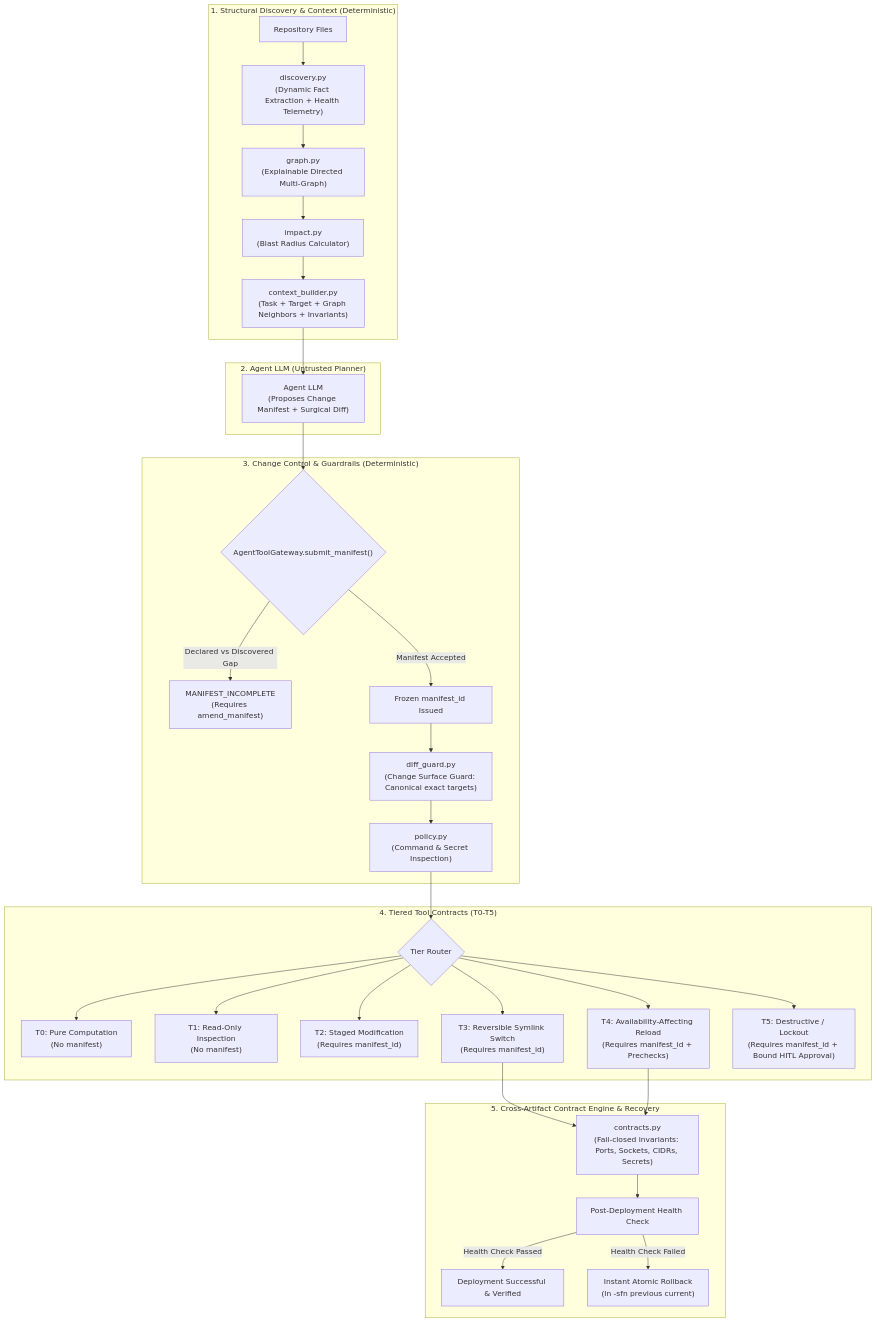
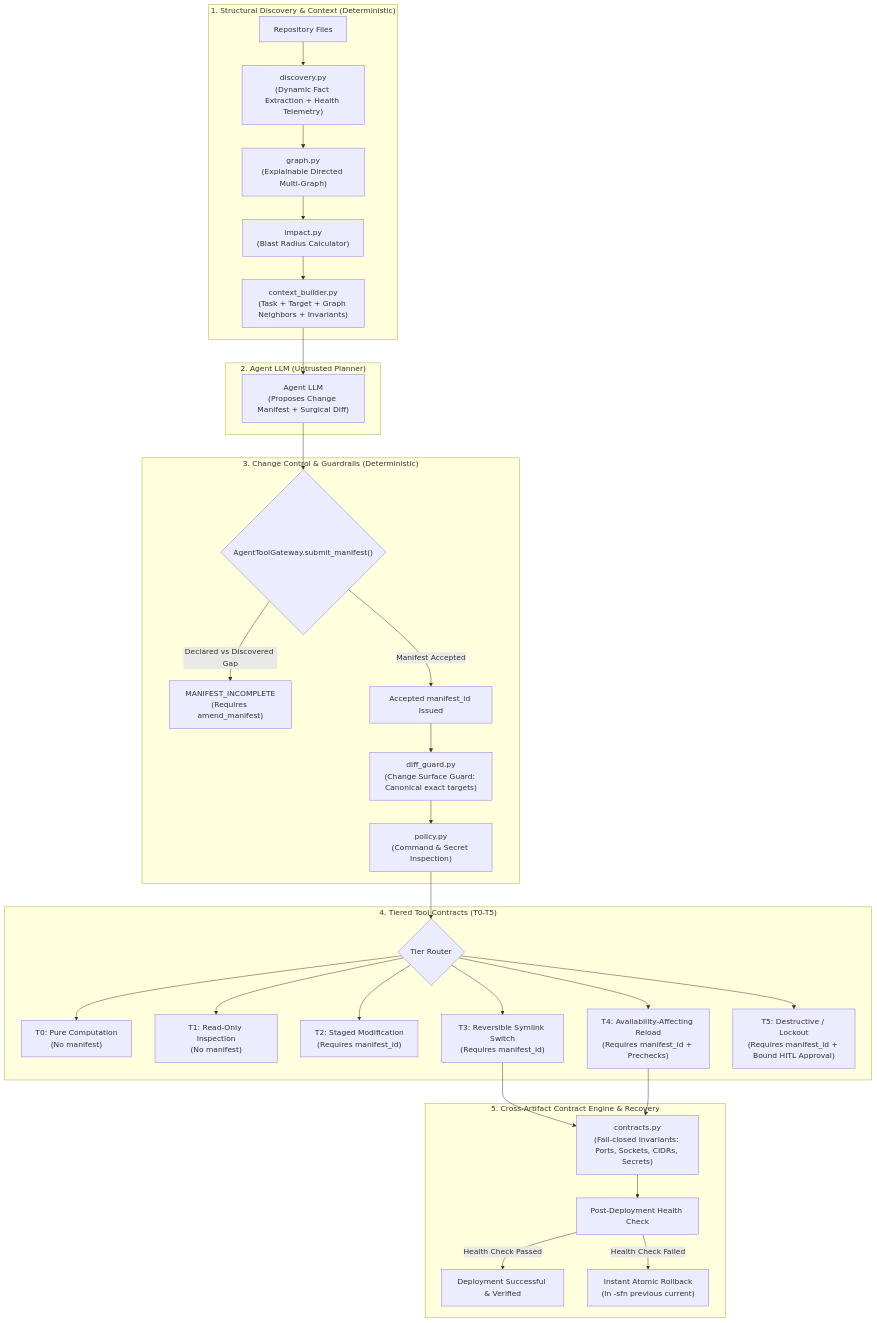
Before and after one commit to kartorhys-ship-it/fullstack-deployment-skill: the diagram in README.md, drawn with Mermaid. The commit also changed other lines of this file and 4 other files, not shown here.

````diff
--- a/README.md
+++ b/README.md
@@ -28,38 +28,38 @@
 ```mermaid
 flowchart TD
     subgraph DiscoveryLayer["1. Structural Discovery & Context (Deterministic)"]
         A[Repository Files] --> B["discovery.py\n(Dynamic Fact Extraction + Health Telemetry)"]
         B --> C["graph.py\n(Explainable Directed Multi-Graph)"]
         C --> D["impact.py\n(Blast Radius Calculator)"]
         D --> E["context_builder.py\n(Task + Target + Graph Neighbors + Invariants)"]
     end
 
     subgraph AgenticLayer["2. Agent LLM (Untrusted Planner)"]
         E --> F["Agent LLM\n(Proposes Change Manifest + Surgical Diff)"]
     end
 
     subgraph GatekeeperLayer["3. Change Control & Guardrails (Deterministic)"]
         F --> G{"AgentToolGateway.submit_manifest()"}
         G -- "Declared vs Discovered Gap" --> H["MANIFEST_INCOMPLETE\n(Requires amend_manifest)"]
-        G -- "Manifest Accepted" --> I["Frozen manifest_id Issued"]
+        G -- "Manifest Accepted" --> I["Accepted manifest_id Issued"]
         I --> J["diff_guard.py\n(Change Surface Guard: Canonical exact targets)"]
         J --> K["policy.py\n(Command & Secret Inspection)"]
     end
 
     subgraph ExecutionLayer["4. Tiered Tool Contracts (T0-T5)"]
         K --> L{Tier Router}
         L --> T0["T0: Pure Computation\n(No manifest)"]
         L --> T1["T1: Read-Only Inspection\n(No manifest)"]
         L --> T2["T2: Staged Modification\n(Requires manifest_id)"]
         L --> T3["T3: Reversible Symlink Switch\n(Requires manifest_id)"]
         L --> T4["T4: Availability-Affecting Reload\n(Requires manifest_id + Prechecks)"]
         L --> T5["T5: Destructive / Lockout\n(Requires manifest_id + Bound HITL Approval)"]
     end
 
     subgraph VerificationLayer["5. Cross-Artifact Contract Engine & Recovery"]
         T3 & T4 --> M["contracts.py\n(Fail-closed invariants: Ports, Sockets, CIDRs, Secrets)"]
         M --> V1[Post-Deployment Health Check]
         V1 -- "Health Check Passed" --> S1[Deployment Successful & Verified]
         V1 -- "Health Check Failed" --> S2["Instant Atomic Rollback\n(ln -sfn previous current)"]
     end
 ```
````
